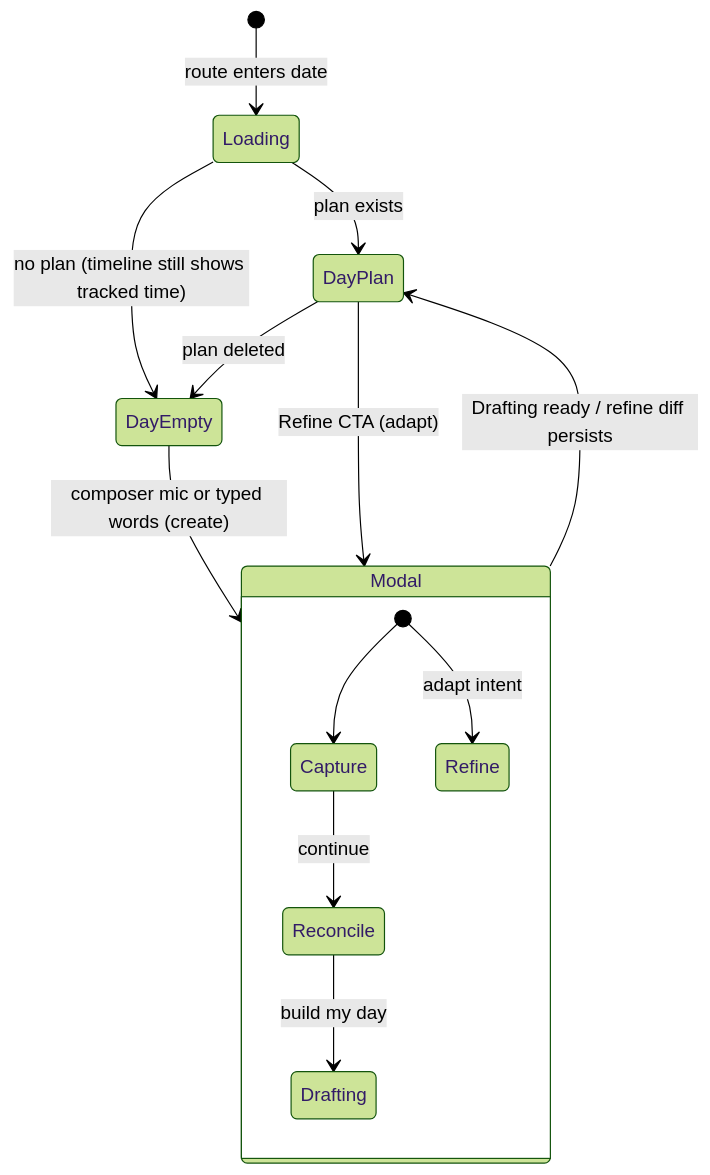
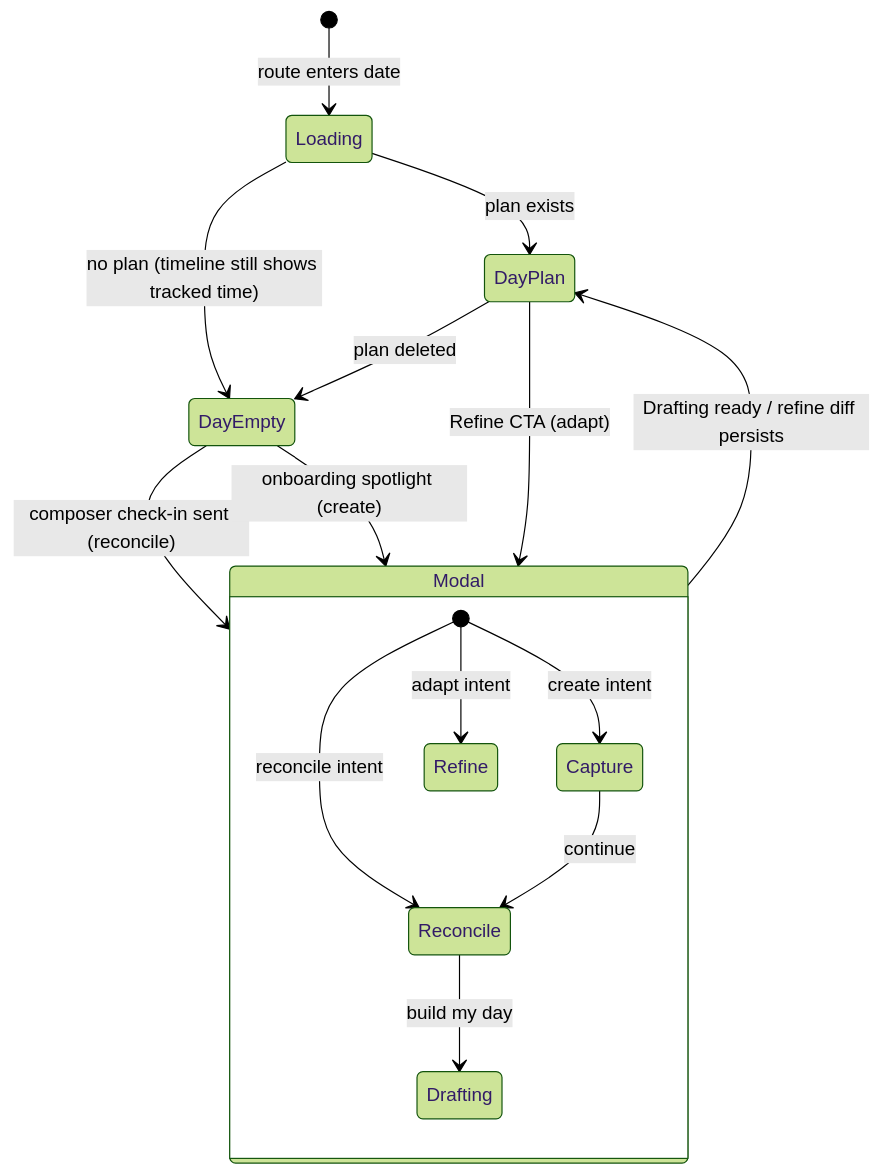
One commit to matthiasn/lotti changed the first of 2 diagrams in knowledge/features/daily_os_next/overview.md. Above: the diagram before and after it, drawn with Mermaid (forest theme). The commit also changed other lines of this file and 25 other files, not shown here.

Commit message:
feat(daily-os): the composer is the capture (#5012)

````diff
--- a/knowledge/features/daily_os_next/overview.md
+++ b/knowledge/features/daily_os_next/overview.md
@@ -71,16 +71,18 @@
 ```mermaid
 stateDiagram-v2
   [*] --> Loading: route enters date
   Loading --> DayPlan: plan exists
   Loading --> DayEmpty: no plan (timeline still shows tracked time)
-  DayEmpty --> Modal: composer mic or typed words (create)
+  DayEmpty --> Modal: composer check-in sent (reconcile)
+  DayEmpty --> Modal: onboarding spotlight (create)
   DayPlan --> Modal: Refine CTA (adapt)
   state Modal {
-    [*] --> Capture
+    [*] --> Capture: create intent
+    [*] --> Reconcile: reconcile intent
     Capture --> Reconcile: continue
     Reconcile --> Drafting: build my day
     [*] --> Refine: adapt intent
   }
   Modal --> DayPlan: Drafting ready / refine diff persists
   DayPlan --> DayEmpty: plan deleted
 ```
````
